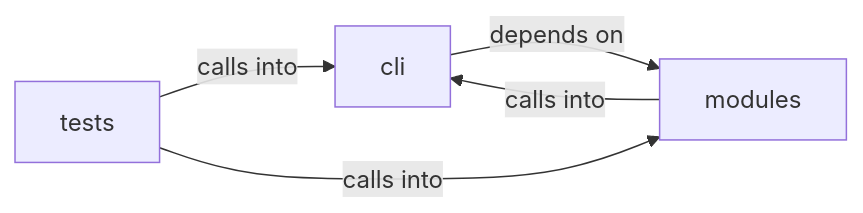
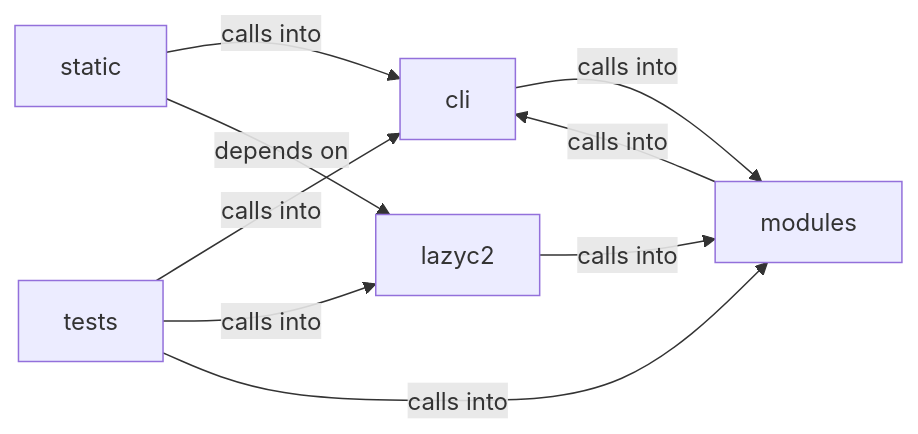
Before and after one commit to grisuno/LazyOwn: the diagram in readmenator-diagrams/cli_banner_config.md, drawn with Mermaid. The commit also changed other lines of this file and 1160 other files, not shown here.

````diff
--- a/readmenator-diagrams/cli_banner_config.md
+++ b/readmenator-diagrams/cli_banner_config.md
@@ -5,10 +5,16 @@
 ```mermaid
 graph LR
     cli["cli"]
+    lazyc2["lazyc2"]
     modules["modules"]
+    static["static"]
     tests["tests"]
-    cli -- "depends on" --> modules
+    cli -- "calls into" --> modules
+    lazyc2 -- "calls into" --> modules
     modules -- "calls into" --> cli
+    static -- "calls into" --> cli
+    static -- "depends on" --> lazyc2
     tests -- "calls into" --> cli
+    tests -- "calls into" --> lazyc2
     tests -- "calls into" --> modules
 ```
````
